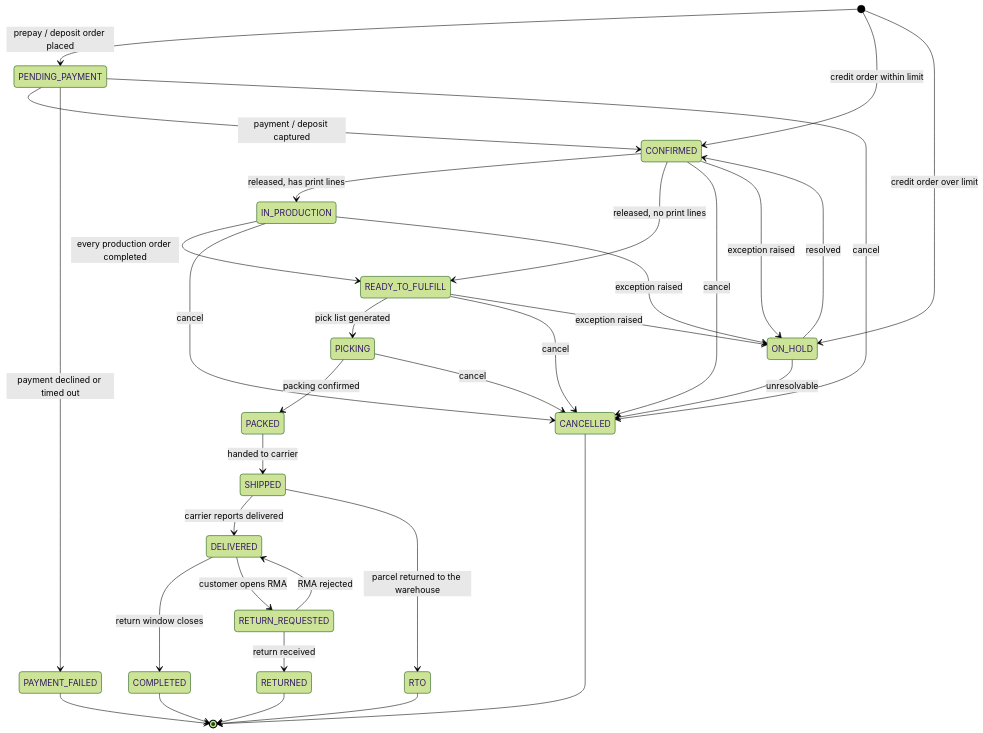
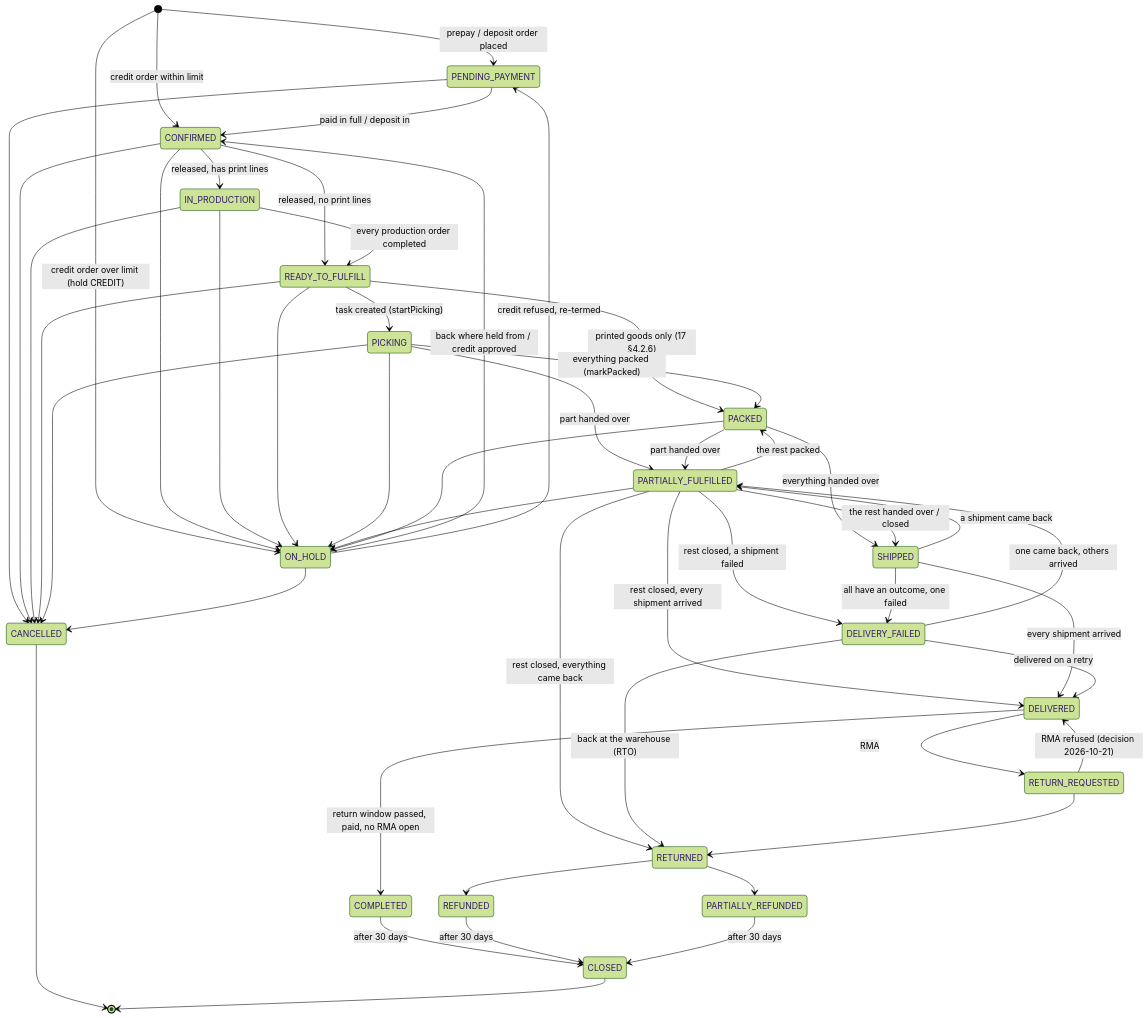
Before and after one commit to KLTN-FA26/be-backoffice-stockflow-commerce: the ninth of 18 diagrams in docs/business-design/03-state-machines.md, drawn with Mermaid (forest theme). The commit also changed other lines of this file and 91 other files, not shown here.

````diff
--- a/docs/business-design/03-state-machines.md
+++ b/docs/business-design/03-state-machines.md
@@ -338,37 +346,52 @@
 ```mermaid
 stateDiagram-v2
     [*] --> PENDING_PAYMENT: prepay / deposit order placed
     [*] --> CONFIRMED: credit order within limit
-    [*] --> ON_HOLD: credit order over limit
-    PENDING_PAYMENT --> CONFIRMED: payment / deposit captured
-    PENDING_PAYMENT --> PAYMENT_FAILED: payment declined or timed out
-    PAYMENT_FAILED --> [*]
+    [*] --> ON_HOLD: credit order over limit (hold CREDIT)
+    PENDING_PAYMENT --> CONFIRMED: paid in full / deposit in
     CONFIRMED --> IN_PRODUCTION: released, has print lines
     CONFIRMED --> READY_TO_FULFILL: released, no print lines
     IN_PRODUCTION --> READY_TO_FULFILL: every production order completed
-    READY_TO_FULFILL --> PICKING: pick list generated
-    PICKING --> PACKED: packing confirmed
-    PACKED --> SHIPPED: handed to carrier
-    SHIPPED --> DELIVERED: carrier reports delivered
-    SHIPPED --> RTO: parcel returned to the warehouse
-    DELIVERED --> COMPLETED: return window closes
-    DELIVERED --> RETURN_REQUESTED: customer opens RMA
-    RETURN_REQUESTED --> DELIVERED: RMA rejected
-    RETURN_REQUESTED --> RETURNED: return received
-    RETURNED --> [*]
-    RTO --> [*]
-    COMPLETED --> [*]
-
-    PENDING_PAYMENT --> CANCELLED: cancel
-    CONFIRMED --> CANCELLED: cancel
-    READY_TO_FULFILL --> CANCELLED: cancel
-    IN_PRODUCTION --> CANCELLED: cancel
-    PICKING --> CANCELLED: cancel
+    READY_TO_FULFILL --> PICKING: task created (startPicking)
+    READY_TO_FULFILL --> PACKED: printed goods only (17 §4.2.6)
+    PICKING --> PACKED: everything packed (markPacked)
+    PICKING --> PARTIALLY_FULFILLED: part handed over
+    PACKED --> PARTIALLY_FULFILLED: part handed over
+    PACKED --> SHIPPED: everything handed over
+    PARTIALLY_FULFILLED --> PACKED: the rest packed
+    PARTIALLY_FULFILLED --> SHIPPED: the rest handed over / closed
+    PARTIALLY_FULFILLED --> DELIVERED: rest closed, every shipment arrived
+    PARTIALLY_FULFILLED --> DELIVERY_FAILED: rest closed, a shipment failed
+    PARTIALLY_FULFILLED --> RETURNED: rest closed, everything came back
+    SHIPPED --> DELIVERED: every shipment arrived
+    SHIPPED --> DELIVERY_FAILED: all have an outcome, one failed
+    SHIPPED --> PARTIALLY_FULFILLED: a shipment came back
+    DELIVERY_FAILED --> DELIVERED: delivered on a retry
+    DELIVERY_FAILED --> RETURNED: back at the warehouse (RTO)
+    DELIVERY_FAILED --> PARTIALLY_FULFILLED: one came back, others arrived
+    DELIVERED --> COMPLETED: return window passed, paid, no RMA open
+    DELIVERED --> RETURN_REQUESTED: RMA
+    RETURN_REQUESTED --> RETURNED
+    RETURN_REQUESTED --> DELIVERED: RMA refused (decision 2026-10-21)
+    RETURNED --> REFUNDED
+    RETURNED --> PARTIALLY_REFUNDED
+    COMPLETED --> CLOSED: after 30 days
+    REFUNDED --> CLOSED: after 30 days
+    PARTIALLY_REFUNDED --> CLOSED: after 30 days
+    CONFIRMED --> ON_HOLD
+    IN_PRODUCTION --> ON_HOLD
+    READY_TO_FULFILL --> ON_HOLD
+    PICKING --> ON_HOLD
+    PARTIALLY_FULFILLED --> ON_HOLD
+    PACKED --> ON_HOLD
+    ON_HOLD --> CONFIRMED: back where held from / credit approved
+    ON_HOLD --> PENDING_PAYMENT: credit refused, re-termed
+    PENDING_PAYMENT --> CANCELLED
+    CONFIRMED --> CANCELLED
+    IN_PRODUCTION --> CANCELLED
+    READY_TO_FULFILL --> CANCELLED
+    PICKING --> CANCELLED
+    ON_HOLD --> CANCELLED
     CANCELLED --> [*]
-
-    CONFIRMED --> ON_HOLD: exception raised
-    READY_TO_FULFILL --> ON_HOLD: exception raised
-    IN_PRODUCTION --> ON_HOLD: exception raised
-    ON_HOLD --> CONFIRMED: resolved
-    ON_HOLD --> CANCELLED: unresolvable
+    CLOSED --> [*]
 ```
````
